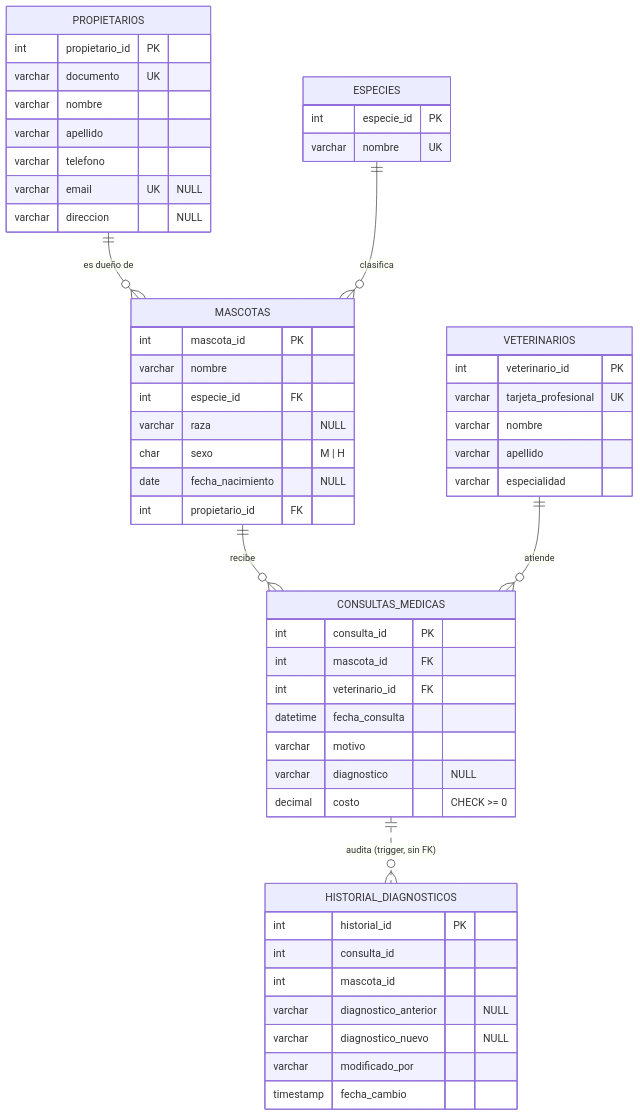
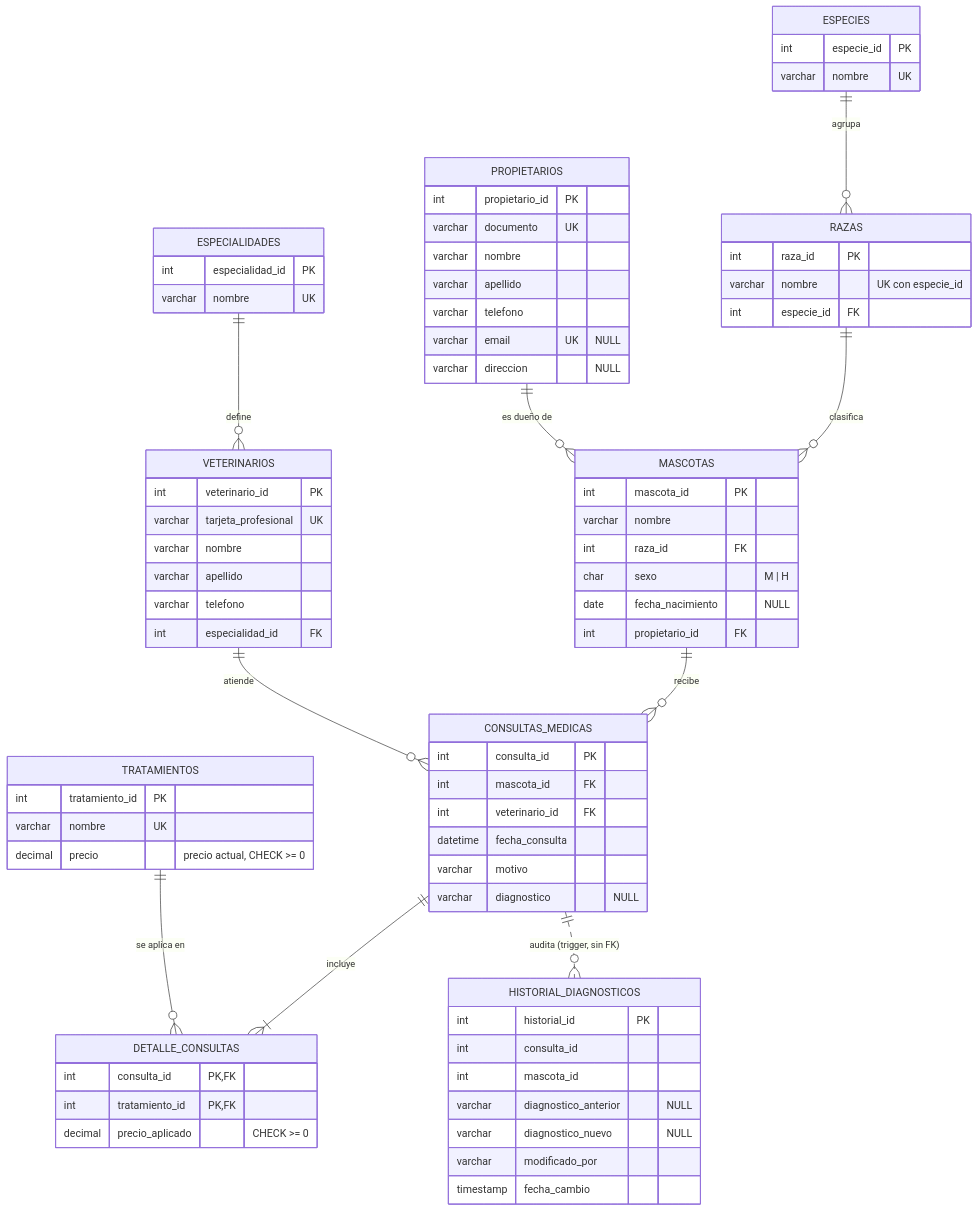
Before and after one commit to Parzivalml-35/db-2-university: the diagram in docs/MODELO.md, drawn with Mermaid. The commit also changed other lines of this file and 5 other files, not shown here.

````diff
--- a/docs/MODELO.md
+++ b/docs/MODELO.md
@@ -7,56 +7,78 @@
 ```mermaid
 erDiagram
-    PROPIETARIOS ||--o{ MASCOTAS : "es dueño de"
-    ESPECIES     ||--o{ MASCOTAS : "clasifica"
-    MASCOTAS     ||--o{ CONSULTAS_MEDICAS : "recibe"
-    VETERINARIOS ||--o{ CONSULTAS_MEDICAS : "atiende"
+    ESPECIES       ||--o{ RAZAS : "agrupa"
+    RAZAS          ||--o{ MASCOTAS : "clasifica"
+    PROPIETARIOS   ||--o{ MASCOTAS : "es dueño de"
+    ESPECIALIDADES ||--o{ VETERINARIOS : "define"
+    MASCOTAS       ||--o{ CONSULTAS_MEDICAS : "recibe"
+    VETERINARIOS   ||--o{ CONSULTAS_MEDICAS : "atiende"
+    CONSULTAS_MEDICAS ||--|{ DETALLE_CONSULTAS : "incluye"
+    TRATAMIENTOS   ||--o{ DETALLE_CONSULTAS : "se aplica en"
     CONSULTAS_MEDICAS ||..o{ HISTORIAL_DIAGNOSTICOS : "audita (trigger, sin FK)"
 
     PROPIETARIOS {
         int propietario_id PK
         varchar documento UK
         varchar nombre
         varchar apellido
         varchar telefono
         varchar email UK "NULL"
         varchar direccion "NULL"
     }
     ESPECIES {
         int especie_id PK
         varchar nombre UK
     }
+    RAZAS {
+        int raza_id PK
+        varchar nombre "UK con especie_id"
+        int especie_id FK
+    }
     MASCOTAS {
         int mascota_id PK
         varchar nombre
-        int especie_id FK
-        varchar raza "NULL"
+        int raza_id FK
         char sexo "M | H"
         date fecha_nacimiento "NULL"
         int propietario_id FK
+    }
+    ESPECIALIDADES {
+        int especialidad_id PK
+        varchar nombre UK
     }
     VETERINARIOS {
         int veterinario_id PK
         varchar tarjeta_profesional UK
         varchar nombre
         varchar apellido
-        varchar especialidad
+        varchar telefono
+        int especialidad_id FK
     }
     CONSULTAS_MEDICAS {
         int consulta_id PK
         int mascota_id FK
         int veterinario_id FK
         datetime fecha_consulta
         varchar motivo
         varchar diagnostico "NULL"
-        decimal costo "CHECK >= 0"
+    }
+    TRATAMIENTOS {
+        int tratamiento_id PK
+        varchar nombre UK
+        decimal precio "precio actual, CHECK >= 0"
+    }
+    DETALLE_CONSULTAS {
+        int consulta_id PK,FK
+        int tratamiento_id PK,FK
+        decimal precio_aplicado "CHECK >= 0"
     }
     HISTORIAL_DIAGNOSTICOS {
         int historial_id PK
         int consulta_id
         int mascota_id
         varchar diagnostico_anterior "NULL"
         varchar diagnostico_nuevo "NULL"
         varchar modificado_por
         timestamp fecha_cambio
     }
 ```
````
